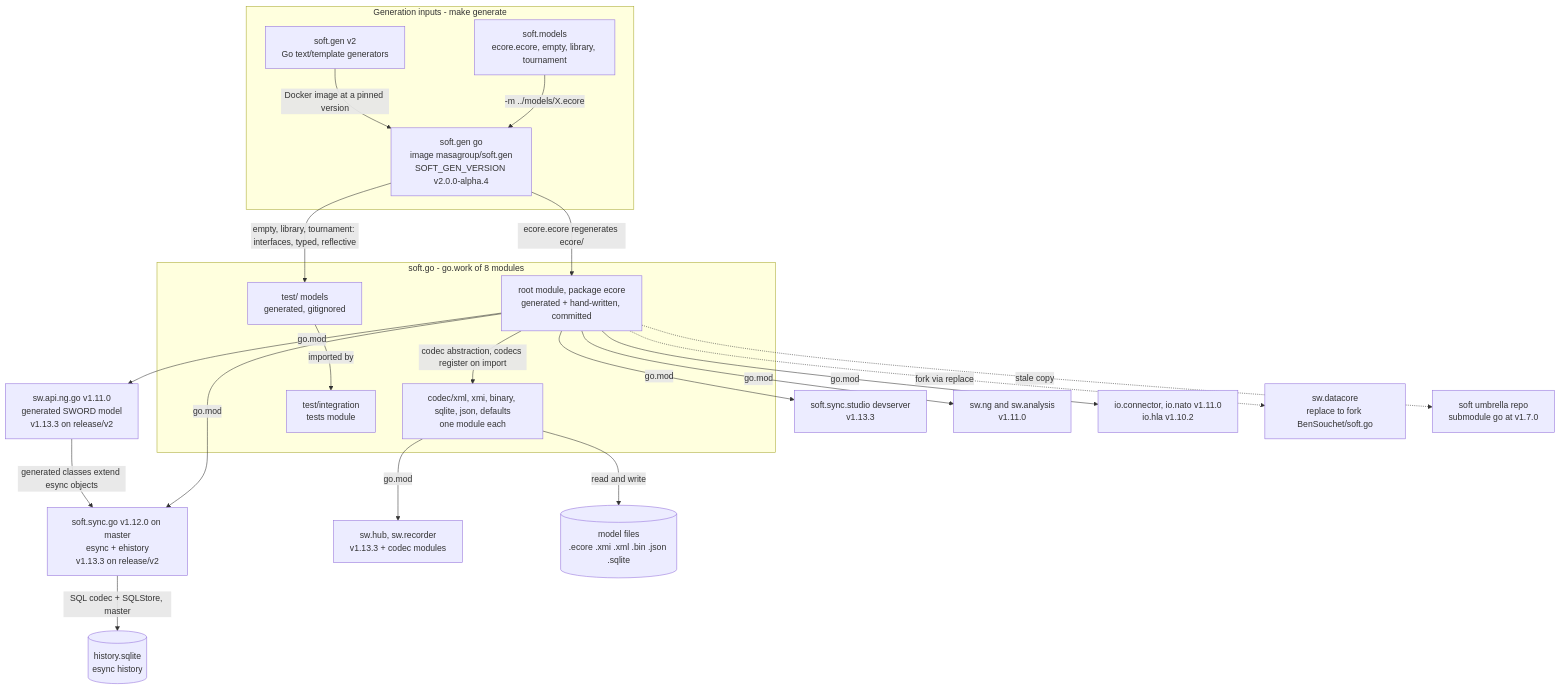
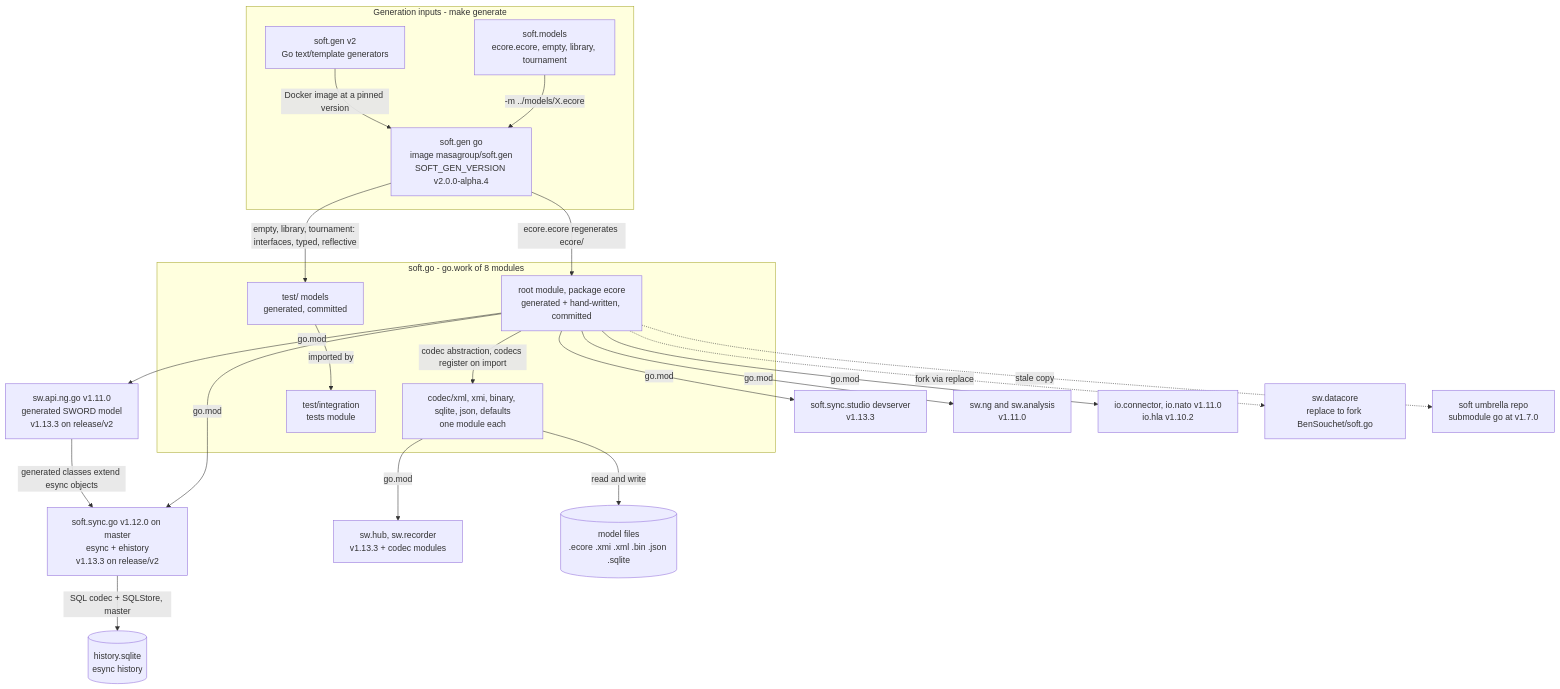
One commit to masagroup/soft.go changed the third of 6 diagrams in ARCHITECTURE.md. Above: the diagram before and after it, drawn with Mermaid. The commit also changed other lines of this file and 142 other files, not shown here.

First line of the commit message:
[build] commit the generated test models and check them in CI

````diff
--- a/ARCHITECTURE.md
+++ b/ARCHITECTURE.md
@@ -124,41 +124,41 @@
 ```mermaid
 flowchart TB
     subgraph GEN["Generation inputs - make generate"]
         SGEN["soft.gen v2<br/>Go text/template generators"]
         MOD["soft.models<br/>ecore.ecore, empty, library, tournament"]
         RUN["soft.gen go<br/>image masagroup/soft.gen<br/>SOFT_GEN_VERSION v2.0.0-alpha.4"]
     end
     subgraph LIB["soft.go - go.work of 8 modules"]
         ECORE["root module, package ecore<br/>generated + hand-written, committed"]
-        TESTS["test/ models<br/>generated, gitignored"]
+        TESTS["test/ models<br/>generated, committed"]
         CODECS["codec/xml, xmi, binary, sqlite, json, defaults<br/>one module each"]
         INTEG["test/integration<br/>tests module"]
     end
     APIGO["sw.api.ng.go v1.11.0<br/>generated SWORD model<br/>v1.13.3 on release/v2"]
     SYNC["soft.sync.go v1.12.0 on master<br/>esync + ehistory<br/>v1.13.3 on release/v2"]
     STUDIO["soft.sync.studio devserver<br/>v1.13.3"]
     NG["sw.ng and sw.analysis<br/>v1.11.0"]
     IO["io.connector, io.nato v1.11.0<br/>io.hla v1.10.2"]
     V2["sw.hub, sw.recorder<br/>v1.13.3 + codec modules"]
     DC["sw.datacore<br/>replace to fork BenSouchet/soft.go"]
     UMB["soft umbrella repo<br/>submodule go at v1.7.0"]
     FILES[("model files<br/>.ecore .xmi .xml .bin .json .sqlite")]
     HIST[("history.sqlite<br/>esync history")]
     SGEN -->|"Docker image at a pinned version"| RUN
     MOD -->|"-m ../models/X.ecore"| RUN
     RUN -->|"ecore.ecore regenerates ecore/"| ECORE
     RUN -->|"empty, library, tournament: interfaces, typed, reflective"| TESTS
     ECORE -->|"codec abstraction, codecs register on import"| CODECS
     TESTS -->|"imported by"| INTEG
     ECORE -->|"go.mod"| APIGO
     APIGO -->|"generated classes extend esync objects"| SYNC
     ECORE -->|"go.mod"| SYNC
     ECORE -->|"go.mod"| STUDIO
     ECORE -->|"go.mod"| NG
     ECORE -->|"go.mod"| IO
     CODECS -->|"go.mod"| V2
     ECORE -.->|"fork via replace"| DC
     ECORE -.->|"stale copy"| UMB
     CODECS -->|"read and write"| FILES
     SYNC -->|"SQL codec + SQLStore, master"| HIST
 ```
````
